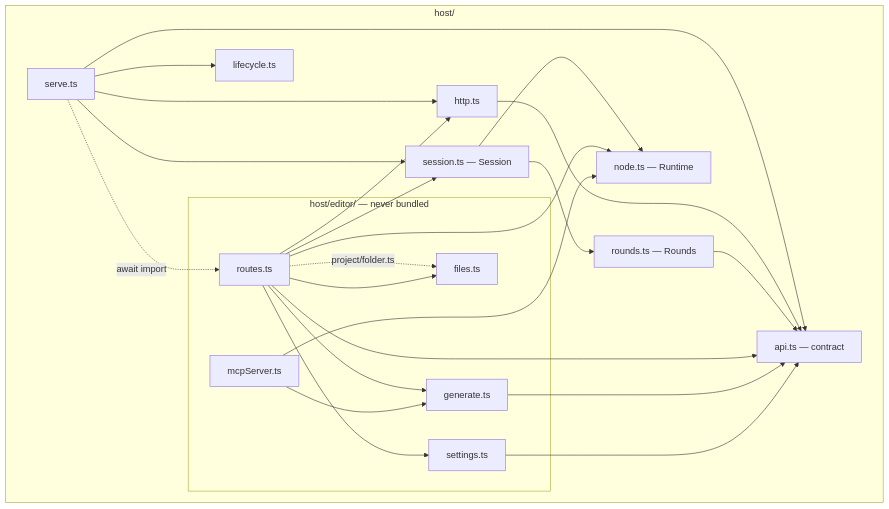
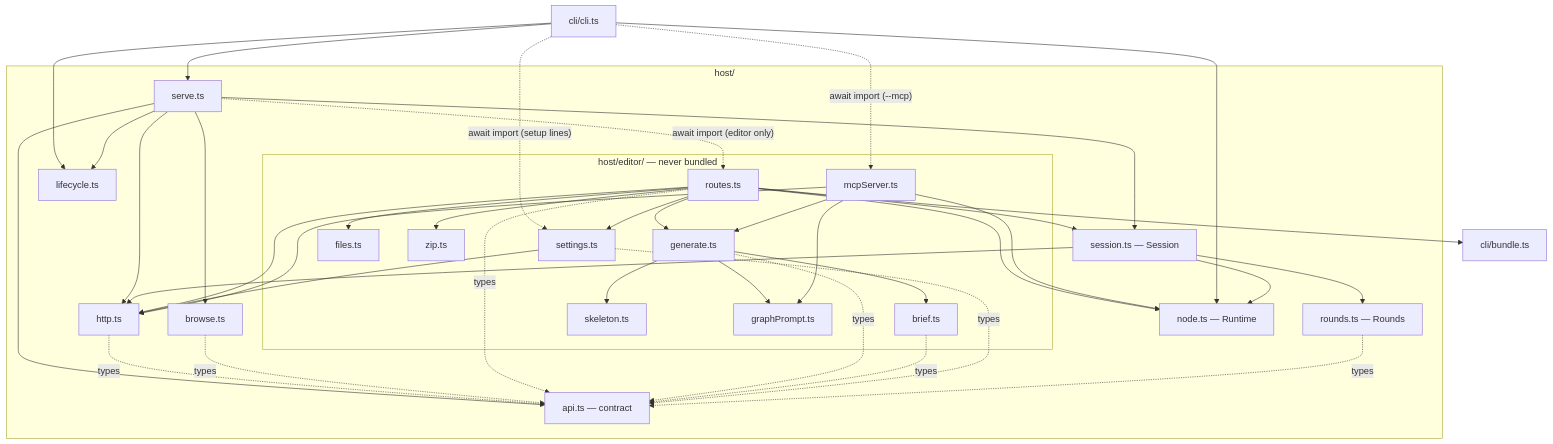
One commit to Archimedes79/AI_Graph changed the eighth of 9 diagrams in arch/overview.md. Above: the diagram before and after it, drawn with Mermaid. The commit also changed other lines of this file and 16 other files, not shown here.

````diff
--- a/arch/overview.md
+++ b/arch/overview.md
@@ -417,41 +592,64 @@
 ```mermaid
 flowchart TD
+  Cli["cli/cli.ts"]
+  Bundle["cli/bundle.ts"]
   subgraph host["host/"]
     Api["api.ts — contract"]
     Http["http.ts"]
     Serve["serve.ts"]
+    Browse["browse.ts"]
     Session["session.ts — Session"]
     Rounds["rounds.ts — Rounds"]
     Lifecycle["lifecycle.ts"]
     Node["node.ts — Runtime"]
     subgraph editor["host/editor/ — never bundled"]
       Routes["routes.ts"]
       Generate["generate.ts"]
+      Brief["brief.ts"]
+      Skeleton["skeleton.ts"]
+      GraphPrompt["graphPrompt.ts"]
       Settings["settings.ts"]
       Files["files.ts"]
+      Zip["zip.ts"]
       Mcp["mcpServer.ts"]
     end
   end
 
-  Serve --> Api
+  Cli --> Serve
+  Cli --> Lifecycle
+  Cli --> Node
+  Cli -. "await import (--mcp)" .-> Mcp
+  Cli -. "await import (setup lines)" .-> Settings
   Serve --> Http
+  Serve --> Browse
   Serve --> Session
   Serve --> Lifecycle
-  Serve -. "await import" .-> Routes
-  Http --> Api
+  Serve -. "await import (editor only)" .-> Routes
+  Serve --> Api
+  Http -. "types" .-> Api
+  Browse -. "types" .-> Api
+  Routes -. "types" .-> Api
+  Generate -. "types" .-> Api
+  Brief -. "types" .-> Api
+  Settings -. "types" .-> Api
   Session --> Rounds
   Session --> Node
-  Rounds --> Api
+  Session --> Http
+  Rounds -. "types" .-> Api
   Routes --> Session
-  Routes --> Api
   Routes --> Http
   Routes --> Node
   Routes --> Generate
-  Routes -. "project/folder.ts" .-> Files
   Routes --> Settings
   Routes --> Files
-  Generate --> Api
-  Settings --> Api
+  Routes --> Zip
+  Routes --> Bundle
+  Generate --> Brief
+  Generate --> Skeleton
+  Generate --> GraphPrompt
+  Settings --> Http
   Mcp --> Generate
+  Mcp --> GraphPrompt
   Mcp --> Node
+  Mcp --> Http
 ```
````
